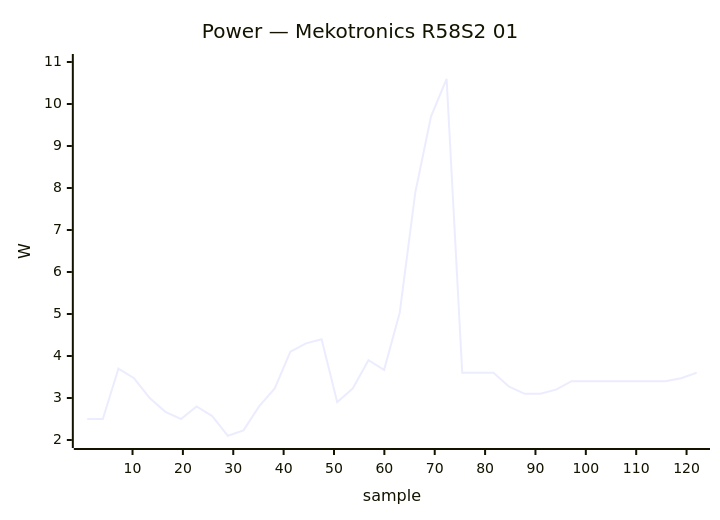
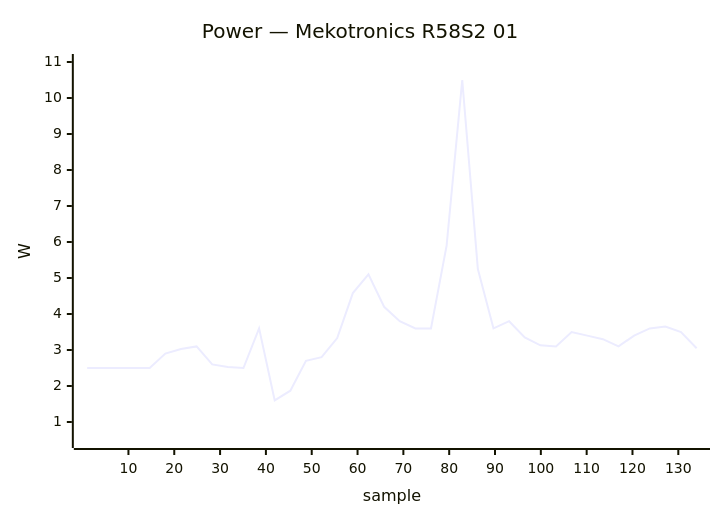
Diagram 16 of 41 in docs/status/board-tests.md (armbian/documentation), drawn with Mermaid before and after one commit. The commit also changed other lines of this file, not shown here.

````diff
--- a/docs/status/board-tests.md
+++ b/docs/status/board-tests.md
@@ -819,7 +747,7 @@
 ```mermaid
 xychart-beta
     title "Power — Mekotronics R58S2 01"
-    x-axis "sample" 1 --> 122
-    y-axis "W" 2.0 --> 11.0
-    line [2.50, 2.50, 3.70, 3.47, 3.00, 2.67, 2.50, 2.80, 2.57, 2.10, 2.23, 2.80, 3.23, 4.10, 4.30, 4.40, 2.90, 3.23, 3.90, 3.67, 5.03, 7.90, 9.70, 10.60, 3.60, 3.60, 3.60, 3.27, 3.10, 3.10, 3.20, 3.40, 3.40, 3.40, 3.40, 3.40, 3.40, 3.40, 3.47, 3.60]
+    x-axis "sample" 1 --> 134
+    y-axis "W" 0.5 --> 11.0
+    line [2.50, 2.50, 2.50, 2.50, 2.50, 2.90, 3.03, 3.10, 2.60, 2.53, 2.50, 3.60, 1.60, 1.87, 2.70, 2.80, 3.33, 4.58, 5.10, 4.20, 3.80, 3.60, 3.60, 5.90, 10.50, 5.25, 3.60, 3.80, 3.35, 3.13, 3.10, 3.50, 3.40, 3.30, 3.10, 3.40, 3.60, 3.65, 3.50, 3.05]
 ```
````
